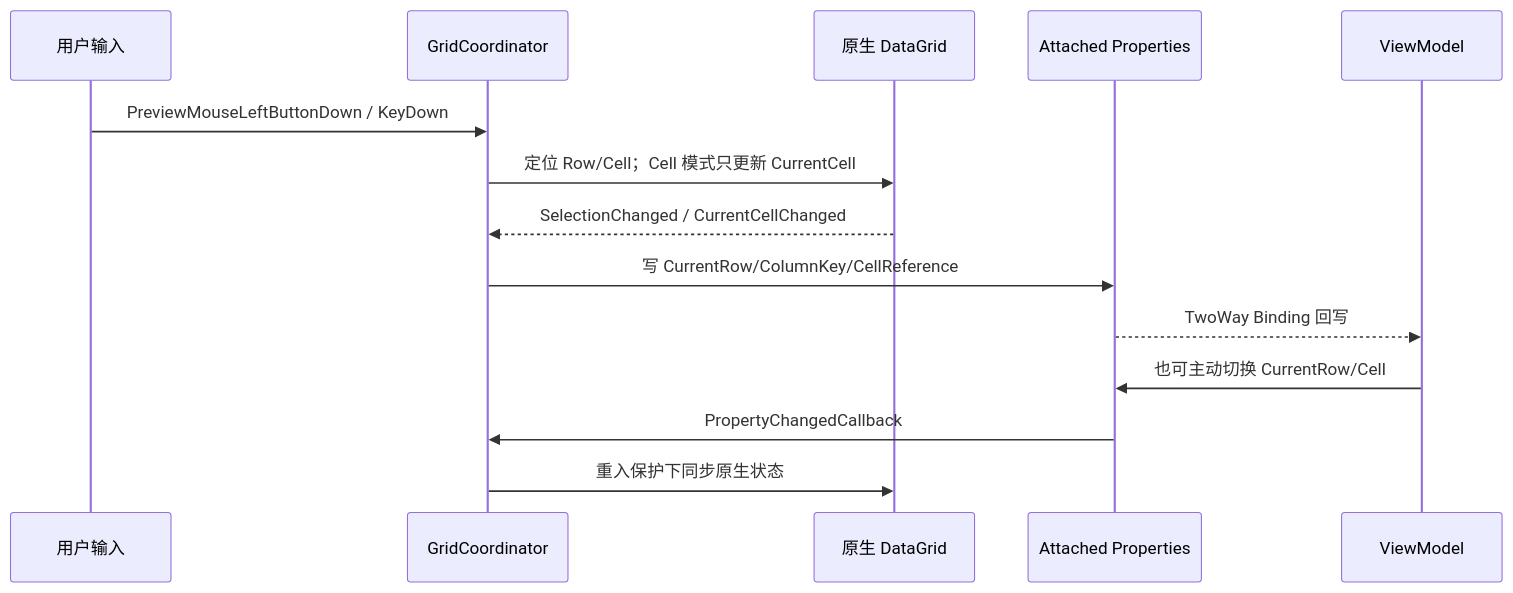
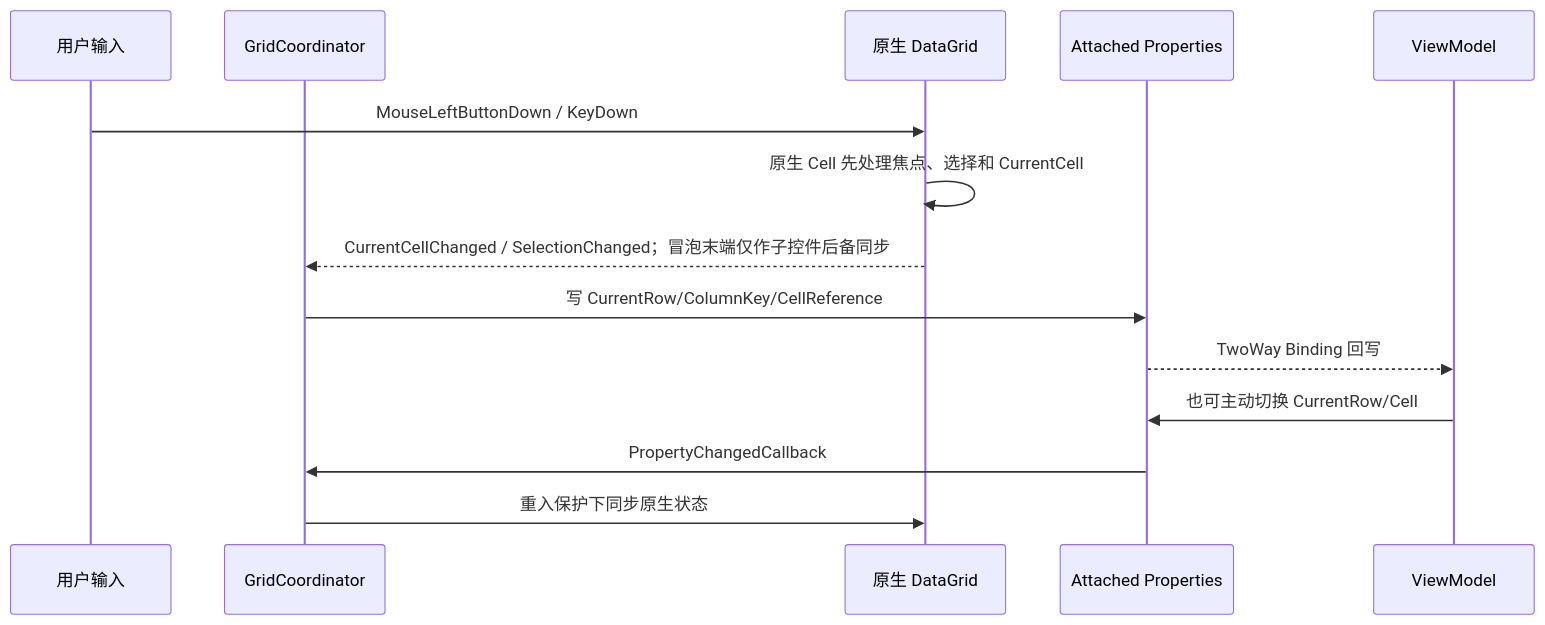
The second of 2 diagrams in .codex/skills/wpf-dotnet10-design/wpf-enterprise-grid/references/总体架构.md (yanwei175/SwiftExport), drawn with Mermaid before and after one commit. The commit also changed other lines of this file and 23 other files, not shown here.

````diff
--- a/.codex/skills/wpf-dotnet10-design/wpf-enterprise-grid/references/总体架构.md
+++ b/.codex/skills/wpf-dotnet10-design/wpf-enterprise-grid/references/总体架构.md
@@ -288,17 +288,17 @@
 ```mermaid
 sequenceDiagram
     participant U as 用户输入
     participant C as GridCoordinator
     participant D as 原生 DataGrid
     participant A as Attached Properties
     participant V as ViewModel
 
-    U->>C: PreviewMouseLeftButtonDown / KeyDown
-    C->>D: 定位 Row/Cell；Cell 模式只更新 CurrentCell
-    D-->>C: SelectionChanged / CurrentCellChanged
+    U->>D: MouseLeftButtonDown / KeyDown
+    D->>D: 原生 Cell 先处理焦点、选择和 CurrentCell
+    D-->>C: CurrentCellChanged / SelectionChanged；冒泡末端仅作子控件后备同步
     C->>A: 写 CurrentRow/ColumnKey/CellReference
     A-->>V: TwoWay Binding 回写
     V->>A: 也可主动切换 CurrentRow/Cell
     A->>C: PropertyChangedCallback
     C->>D: 重入保护下同步原生状态
 ```
````
